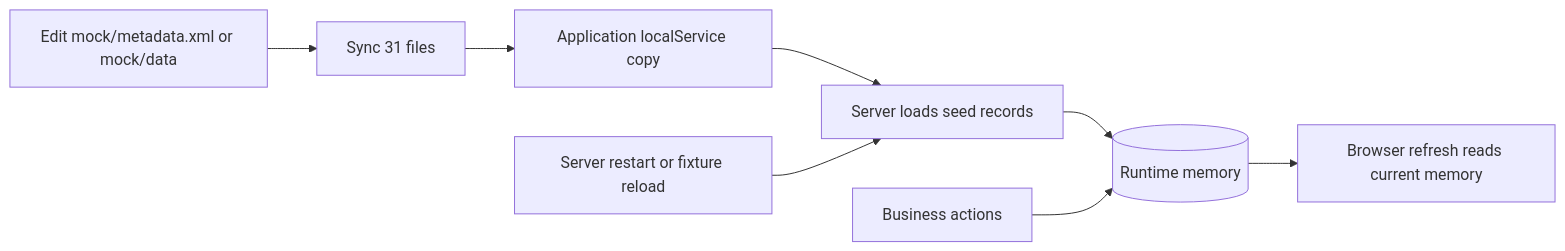
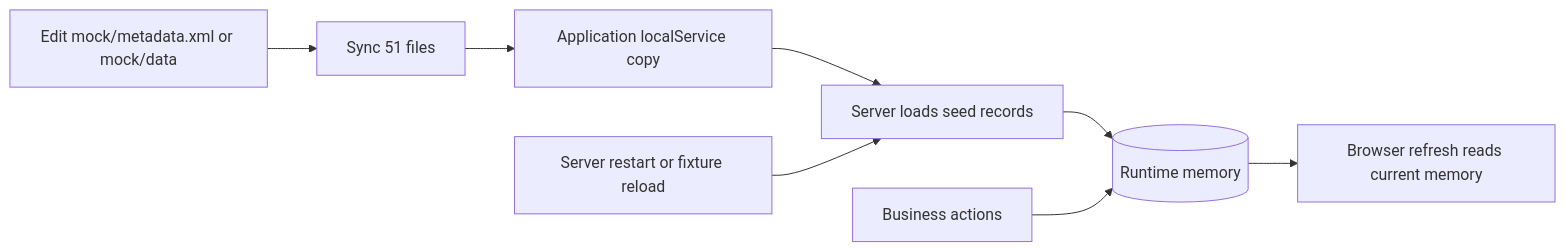
The second of 15 diagrams in PROJECT_ARCHITECTURE_AND_WORKFLOW.md (MMuneeb17/SAP-IT-OPERATIONS), drawn with Mermaid before and after one commit. The commit also changed other lines of this file and 94 other files, not shown here.

````diff
--- a/PROJECT_ARCHITECTURE_AND_WORKFLOW.md
+++ b/PROJECT_ARCHITECTURE_AND_WORKFLOW.md
@@ -131,10 +133,10 @@
 ```mermaid
 flowchart LR
-  Edit[Edit mock/metadata.xml or mock/data] --> Sync[Sync 31 files]
+  Edit[Edit mock/metadata.xml or mock/data] --> Sync[Sync 51 files]
   Sync --> Local[Application localService copy]
   Local --> Load[Server loads seed records]
   Load --> Runtime[(Runtime memory)]
   Actions[Business actions] --> Runtime
   Runtime --> Refresh[Browser refresh reads current memory]
   Restart[Server restart or fixture reload] --> Load
 ```
````
